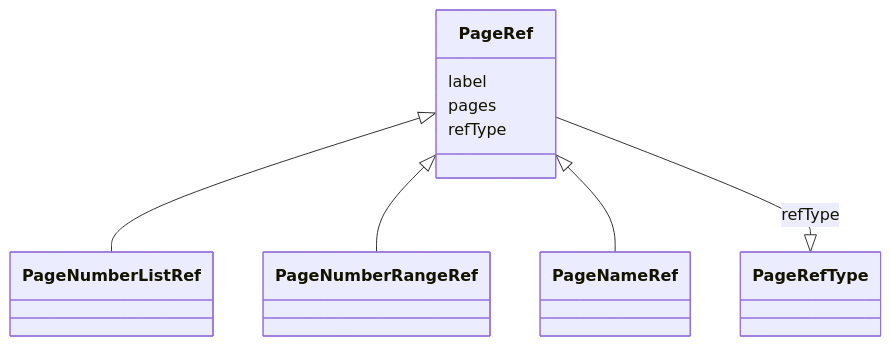
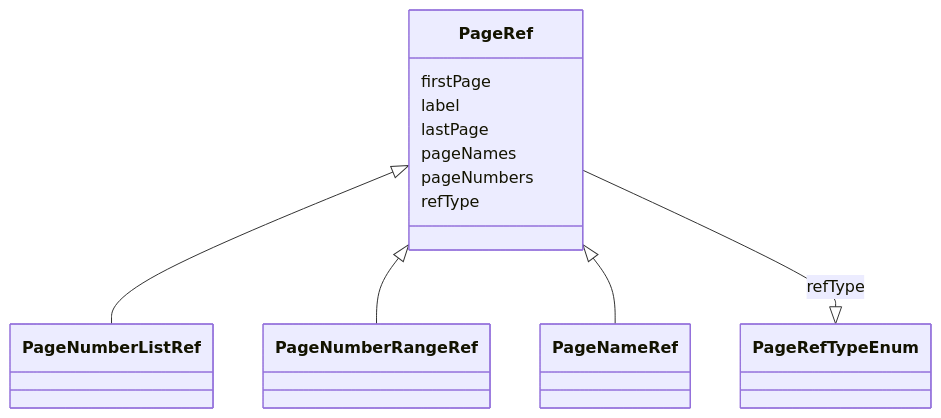
The diagram in project/docs/PageRef.md (cdisc-org/analysis-results-standard), drawn with Mermaid before and after one commit. The commit also changed other lines of this file and 281 other files, not shown here.

````diff
--- a/project/docs/PageRef.md
+++ b/project/docs/PageRef.md
@@ -9,17 +11,23 @@
 ```mermaid
  classDiagram
     class PageRef
       PageRef <|-- PageNumberListRef
       PageRef <|-- PageNumberRangeRef
       PageRef <|-- PageNameRef
       
+      PageRef : firstPage
+        
       PageRef : label
         
-      PageRef : pages
+      PageRef : lastPage
+        
+      PageRef : pageNames
+        
+      PageRef : pageNumbers
         
       PageRef : refType
         
-          PageRef --|> PageRefType : refType
+          PageRef --|> PageRefTypeEnum : refType
         
       
 ```
````
